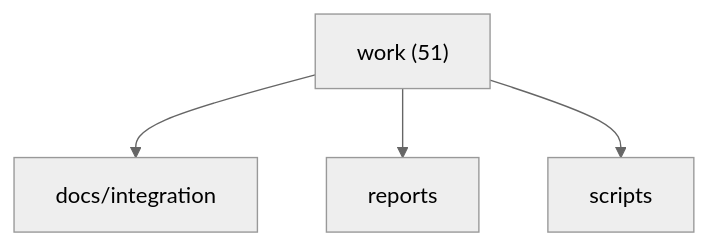
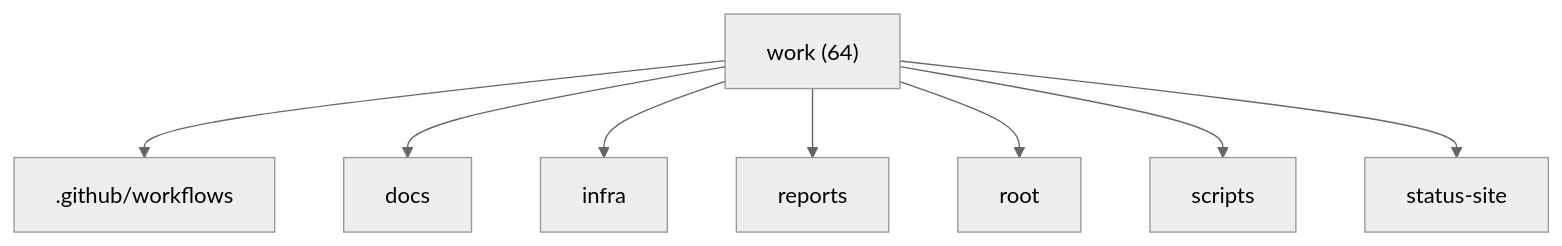
The first of 3 diagrams in reports/branch-intelligence/graphs.md (M0nado/helios-platform), drawn with Mermaid (neutral theme) before and after one commit. The commit also changed other lines of this file and 16 other files, not shown here.

````diff
--- a/reports/branch-intelligence/graphs.md
+++ b/reports/branch-intelligence/graphs.md
@@ -5,7 +5,11 @@
 ```mermaid
 graph TD
-  work["work (51)"]
-  work --> docs_integration["docs/integration"]
+  work["work (64)"]
+  work --> _github_workflows[".github/workflows"]
+  work --> docs["docs"]
+  work --> infra["infra"]
   work --> reports["reports"]
+  work --> root["root"]
   work --> scripts["scripts"]
+  work --> status_site["status-site"]
 ```
````
